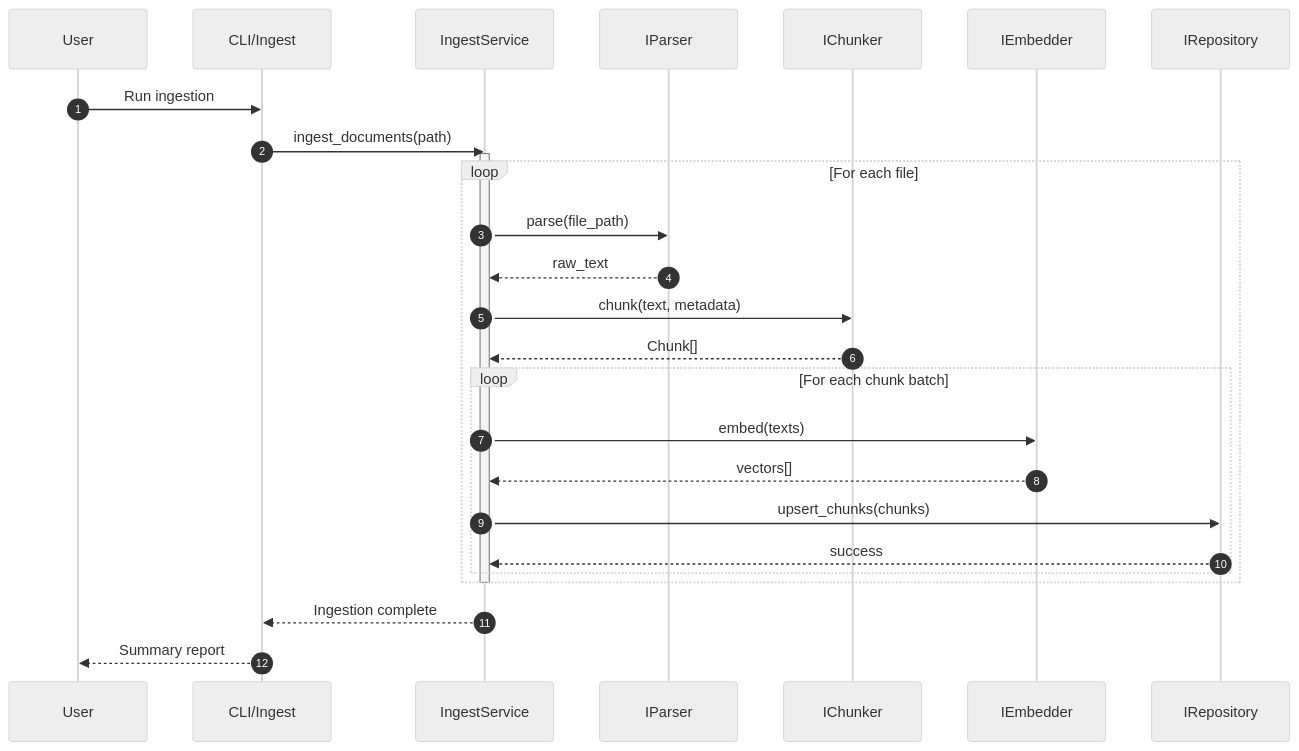
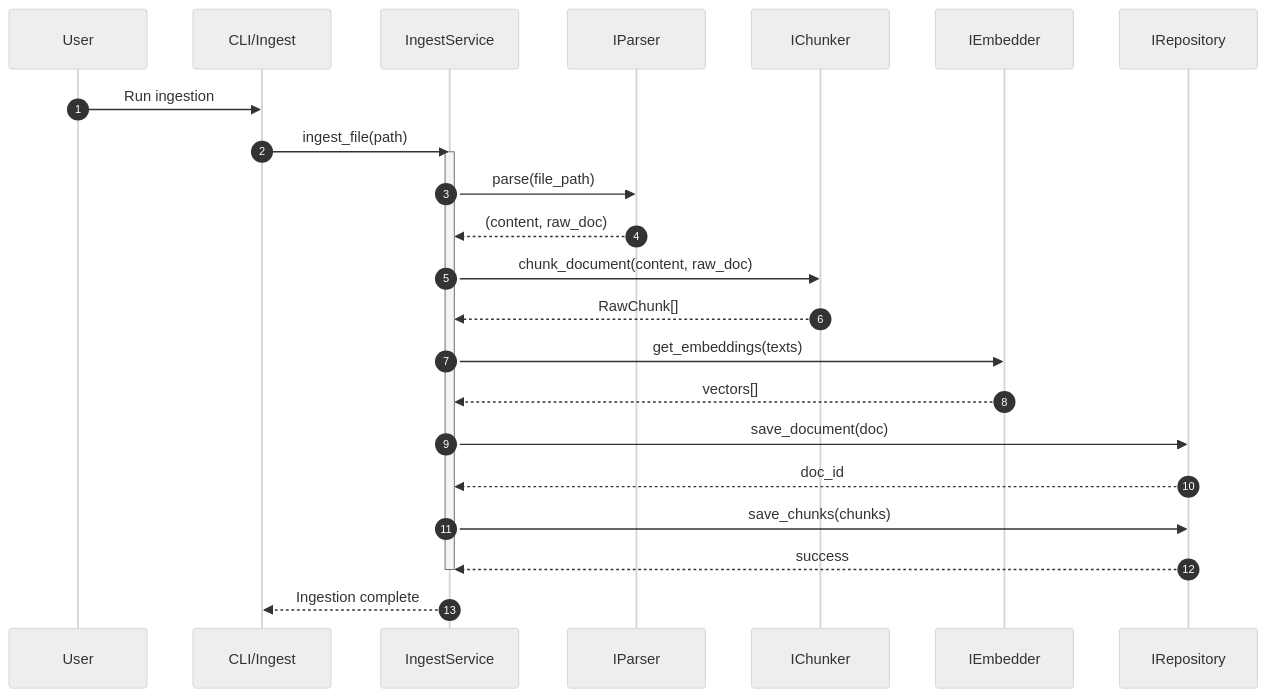
The third of 3 diagrams in docs/architecture.md (FullFran/Hybrid-RAG-example), drawn with Mermaid (neutral theme) before and after one commit. The commit also changed other lines of this file and 6 other files, not shown here.

First line of the commit message:
docs: consolidate architecture documentation

````diff
--- a/docs/architecture.md
+++ b/docs/architecture.md
@@ -369,33 +160,33 @@
 ```mermaid
 sequenceDiagram
     autonumber
     participant U as User
     participant CLI as CLI/Ingest
     participant Svc as IngestService
     participant Parser as IParser
     participant Chunker as IChunker
     participant Emb as IEmbedder
     participant Repo as IRepository
 
     U->>CLI: Run ingestion
-    CLI->>Svc: ingest_documents(path)
+    CLI->>Svc: ingest_file(path)
     activate Svc
 
-    loop For each file
-        Svc->>Parser: parse(file_path)
-        Parser-->>Svc: raw_text
-        Svc->>Chunker: chunk(text, metadata)
-        Chunker-->>Svc: Chunk[]
-        
-        loop For each chunk batch
-            Svc->>Emb: embed(texts)
-            Emb-->>Svc: vectors[]
-            Svc->>Repo: upsert_chunks(chunks)
-            Repo-->>Svc: success
-        end
-    end
+    Svc->>Parser: parse(file_path)
+    Parser-->>Svc: (content, raw_doc)
+    
+    Svc->>Chunker: chunk_document(content, raw_doc)
+    Chunker-->>Svc: RawChunk[]
+
+    Svc->>Emb: get_embeddings(texts)
+    Emb-->>Svc: vectors[]
+
+    Svc->>Repo: save_document(doc)
+    Repo-->>Svc: doc_id
+
+    Svc->>Repo: save_chunks(chunks)
+    Repo-->>Svc: success
 
     deactivate Svc
     Svc-->>CLI: Ingestion complete
-    CLI-->>U: Summary report
 ```
````
